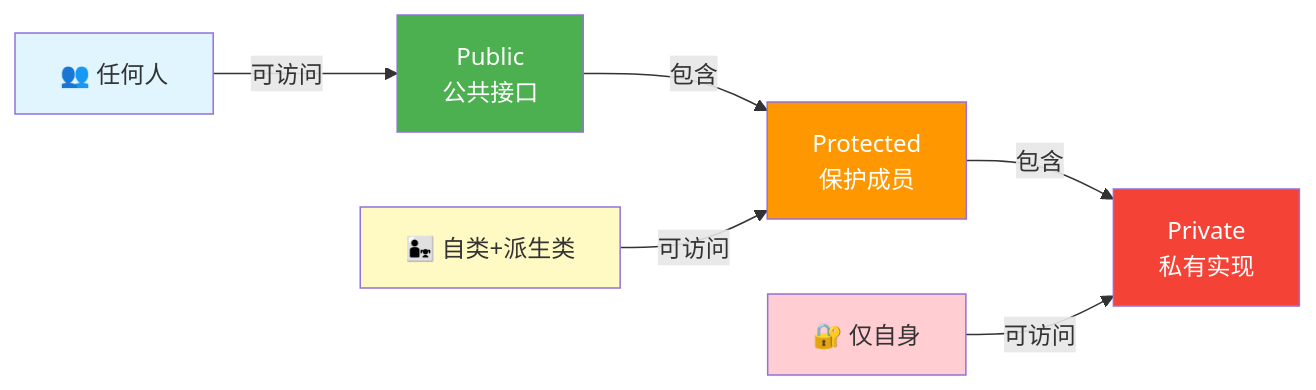
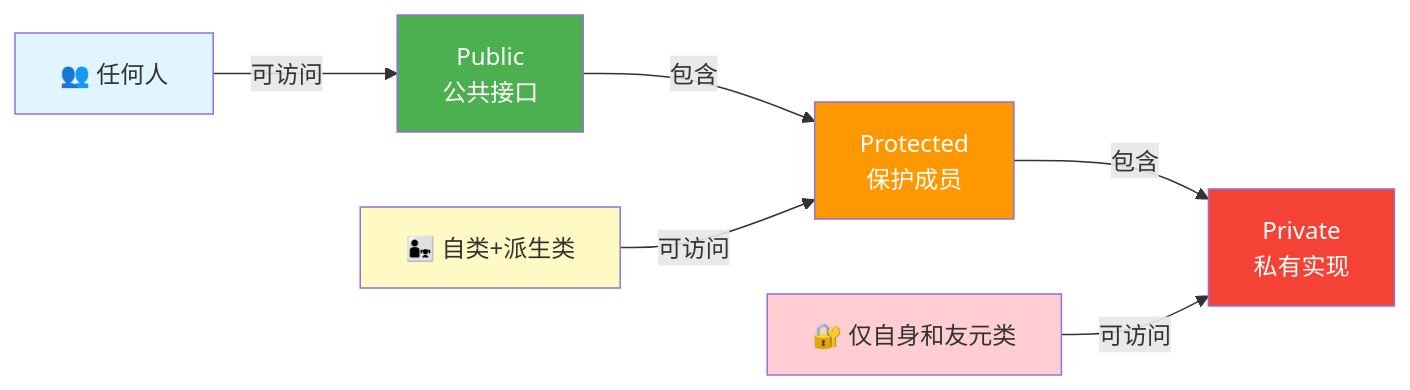
One commit to san-holy/Advanced-System-Programming-From-Principles-to-Practice changed the fourth of 4 diagrams in ch01/ch01-01-encapsulation-goal.md. Above: the diagram before and after it, drawn with Mermaid. The commit also changed other lines of this file, not shown here.

Commit message:
修复了友元类相关讹误

````diff
--- a/ch01/ch01-01-encapsulation-goal.md
+++ b/ch01/ch01-01-encapsulation-goal.md
@@ -94,16 +94,16 @@
 ```mermaid
 graph LR
     A[Public<br/>公共接口] -->|包含| B[Protected<br/>保护成员]
     B -->|包含| C[Private<br/>私有实现]
 
     D[👥 任何人] -->|可访问| A
     E[👨‍👧 自类+派生类] -->|可访问| B
-    F[🔐 仅自身] -->|可访问| C
+    F[🔐 仅自身和友元类] -->|可访问| C
 
     style A fill:#4caf50,color:#fff
     style B fill:#ff9800,color:#fff
     style C fill:#f44336,color:#fff
     style D fill:#e1f5fe
     style E fill:#fff9c4
     style F fill:#ffcdd2
 ```
````
